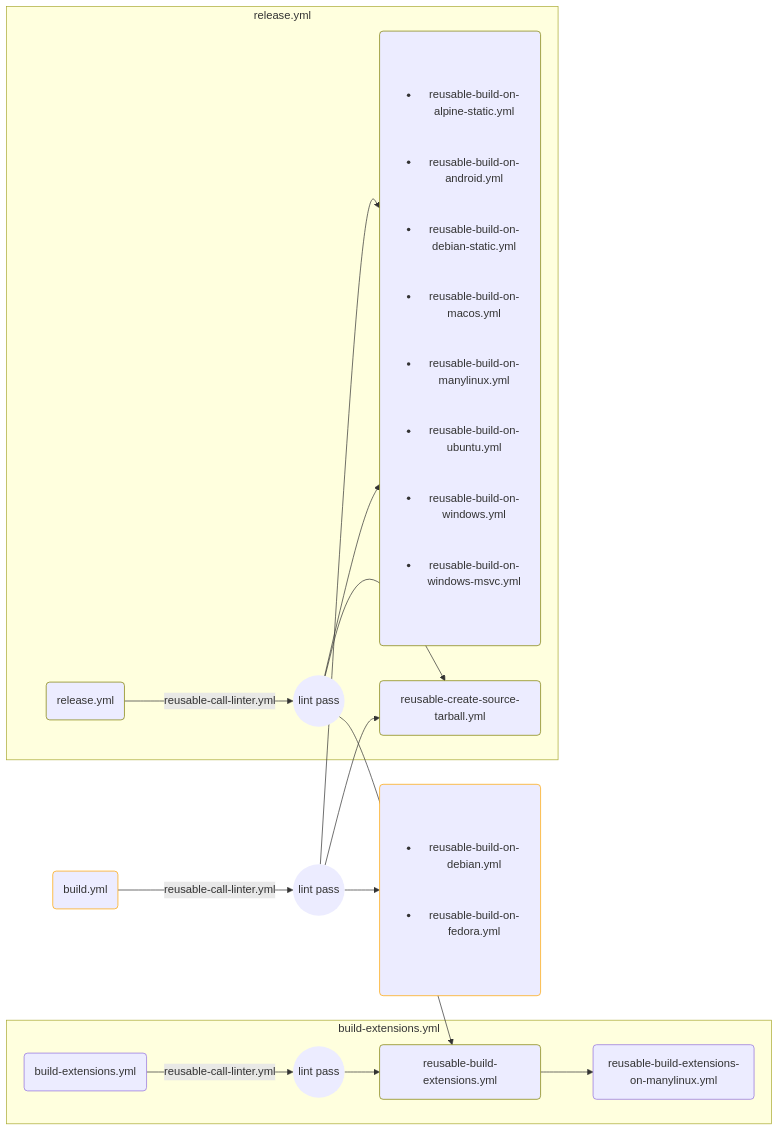
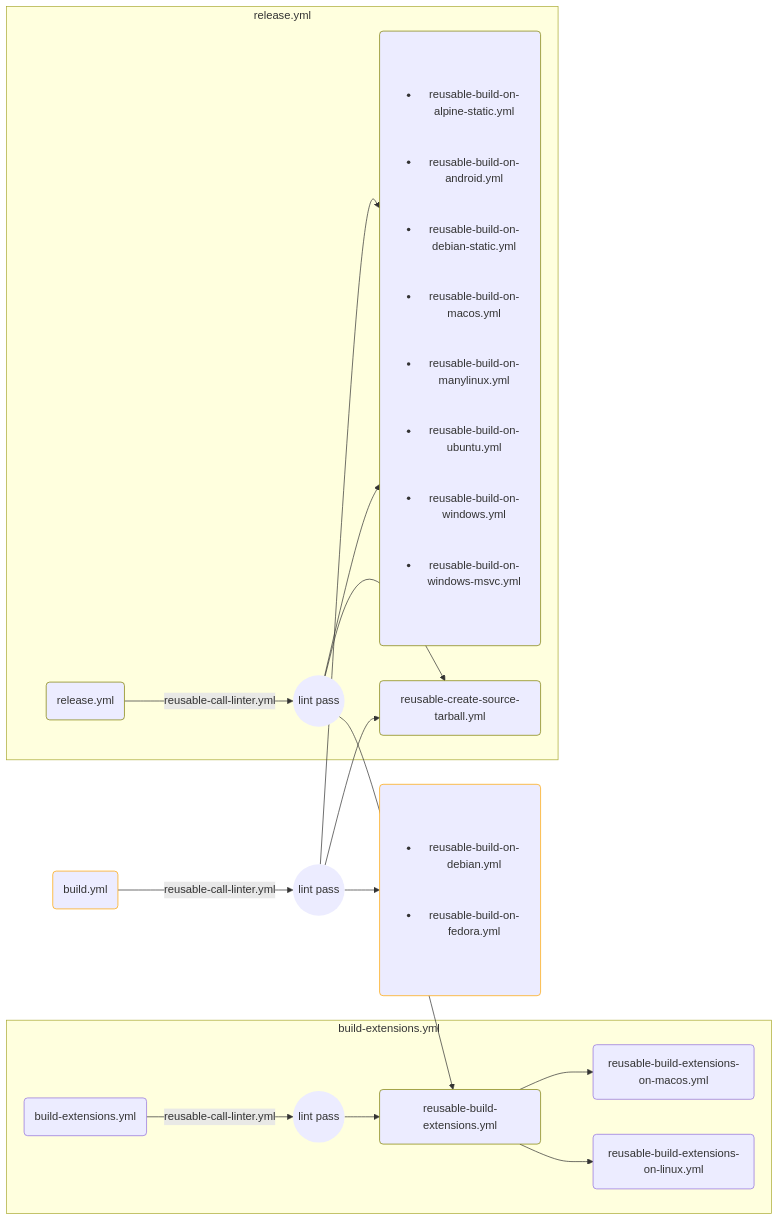
Before and after one commit to WasmEdge/WasmEdge: the second of 2 diagrams in .github/workflows/README.md, drawn with Mermaid. The commit also changed other lines of this file, not shown here.

````diff
--- a/.github/workflows/README.md
+++ b/.github/workflows/README.md
@@ -60,36 +53,37 @@
 ```mermaid
 flowchart LR
     subgraph "build-extensions.yml"
         b_("build-extensions.yml")-->|reusable-call-linter.yml|l0(("lint pass"))
         l0-->b_ext("reusable-build-extensions.yml")
-        b_ext-->b_ext_m("reusable-build-extensions-on-manylinux.yml")
+        b_ext-->b_ext_m("reusable-build-extensions-on-macos.yml")
+        b_ext-->b_ext_l("reusable-build-extensions-on-linux.yml")
     end
     b("build.yml")-->|reusable-call-linter.yml|l1(("lint pass"))
     l1-->oss("<ul>
       <li>reusable-build-on-alpine-static.yml</li>
       <li>reusable-build-on-android.yml</li>
       <li>reusable-build-on-debian-static.yml</li>
       <li>reusable-build-on-macos.yml</li>
       <li>reusable-build-on-manylinux.yml</li>
       <li>reusable-build-on-ubuntu.yml</li>
       <li>reusable-build-on-windows.yml</li>
       <li>reusable-build-on-windows-msvc.yml</li>
     </ul>")
     subgraph "release.yml"
         rel("release.yml")-->|reusable-call-linter.yml|l2(("lint pass"))
         l2-->oss
         l2-->b_ext
         l2-->src
     end
     l1-->oss_extra("<ul>
       <li>reusable-build-on-debian.yml</li>
       <li>reusable-build-on-fedora.yml</li>
     </ul>")
     l1-->src("reusable-create-source-tarball.yml")
     classDef nostroke stroke:none;
     class l0,l1,l2 nostroke
     classDef relcls stroke:olive;
     class rel,oss,src,b_ext relcls
     classDef bcls stroke:orange;
     class b,oss_extra bcls
 ```
````
